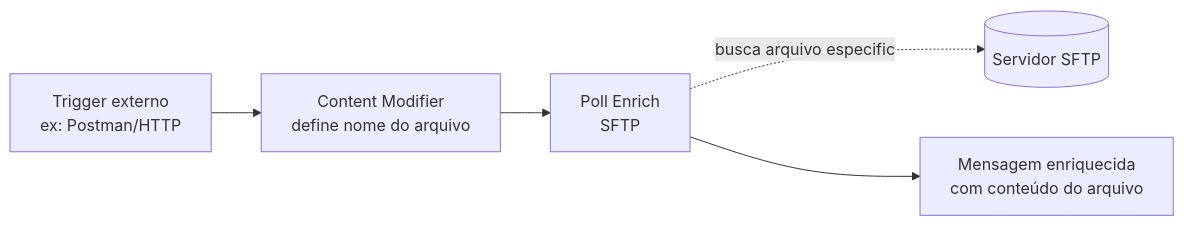
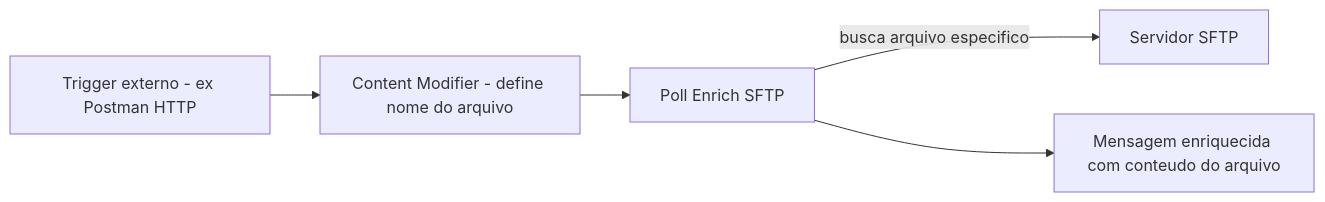
The third of 4 diagrams in docs/18-d3-sftp-adapter.md (OrlandoCaetano2026/SAP_Integration_Suite_Learning), drawn with Mermaid before and after one commit. The commit also changed other lines of this file and 7 other files, not shown here.

Commit message:
docs: completa D3 SFTP Consumer (lab16) - polling, enriquecimento MES e confirmacao externa no servidor SFTP

````diff
--- a/docs/18-d3-sftp-adapter.md
+++ b/docs/18-d3-sftp-adapter.md
@@ -54,7 +56,7 @@
 ```mermaid
 flowchart LR
-    A[Trigger externo<br/>ex: Postman/HTTP] --> B[Content Modifier<br/>define nome do arquivo]
-    B --> C[Poll Enrich<br/>SFTP]
-    C -.busca arquivo especifico.-> D[("Servidor SFTP")]
-    C --> E[Mensagem enriquecida<br/>com conteúdo do arquivo]
+    A["Trigger externo - ex Postman HTTP"] --> B["Content Modifier - define nome do arquivo"]
+    B --> C["Poll Enrich SFTP"]
+    C -->|"busca arquivo especifico"| D["Servidor SFTP"]
+    C --> E["Mensagem enriquecida com conteudo do arquivo"]
 ```
````
